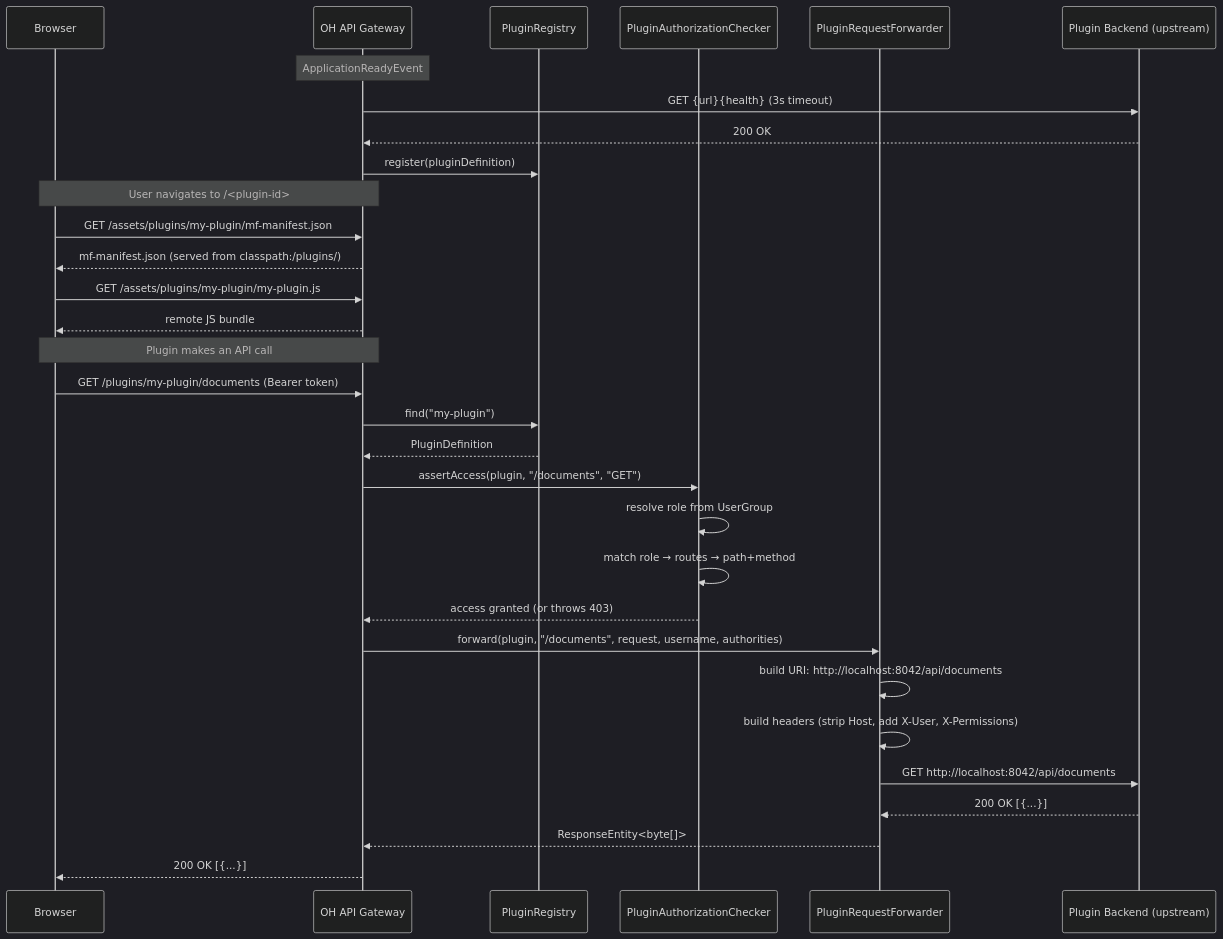
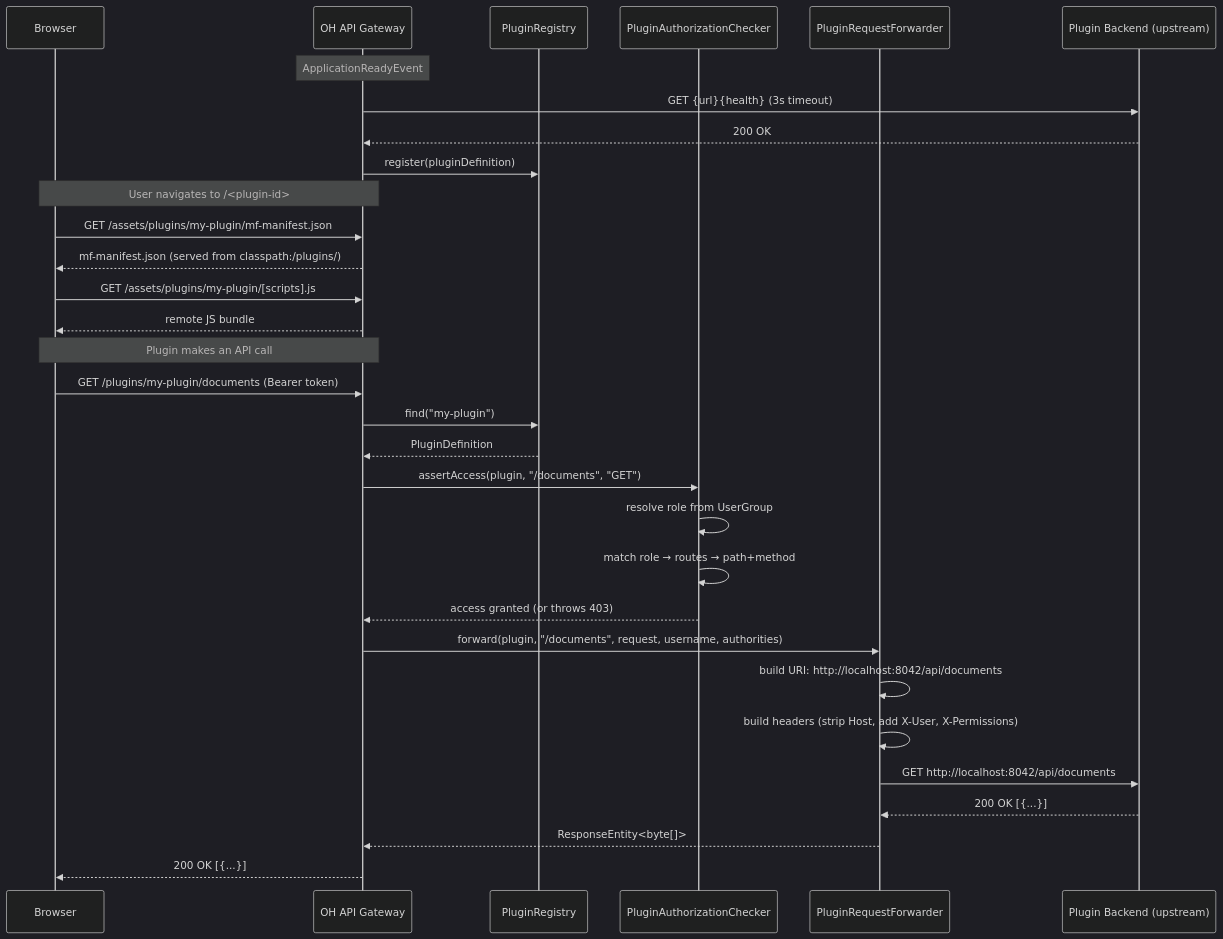
One commit to uni2growcm/openhospital-api changed the second of 2 diagrams in docs/plugins.md. Above: the diagram before and after it, drawn with Mermaid (dark theme). The commit also changed other lines of this file, not shown here.

Commit message:
doc(SD-110): Update plugins doc

````diff
--- a/docs/plugins.md
+++ b/docs/plugins.md
@@ -399,36 +350,36 @@
 ```mermaid
 sequenceDiagram
     participant B as Browser
     participant G as OH API Gateway
     participant R as PluginRegistry
     participant A as PluginAuthorizationChecker
     participant F as PluginRequestForwarder
     participant U as Plugin Backend (upstream)
 
     Note over G: ApplicationReadyEvent
     G->>U: GET {url}{health}  (3s timeout)
     U-->>G: 200 OK
     G->>R: register(pluginDefinition)
 
     Note over B,G: User navigates to /<plugin-id>
     B->>G: GET /assets/plugins/my-plugin/mf-manifest.json
     G-->>B: mf-manifest.json (served from classpath:/plugins/)
-    B->>G: GET /assets/plugins/my-plugin/my-plugin.js
+    B->>G: GET /assets/plugins/my-plugin/[scripts].js
     G-->>B: remote JS bundle
 
     Note over B,G: Plugin makes an API call
     B->>G: GET /plugins/my-plugin/documents (Bearer token)
     G->>R: find("my-plugin")
     R-->>G: PluginDefinition
     G->>A: assertAccess(plugin, "/documents", "GET")
     A->>A: resolve role from UserGroup
     A->>A: match role → routes → path+method
     A-->>G: access granted (or throws 403)
     G->>F: forward(plugin, "/documents", request, username, authorities)
     F->>F: build URI: http://localhost:8042/api/documents
     F->>F: build headers (strip Host, add X-User, X-Permissions)
     F->>U: GET http://localhost:8042/api/documents
     U-->>F: 200 OK [{...}]
     F-->>G: ResponseEntity<byte[]>
     G-->>B: 200 OK [{...}]
 ```
````
